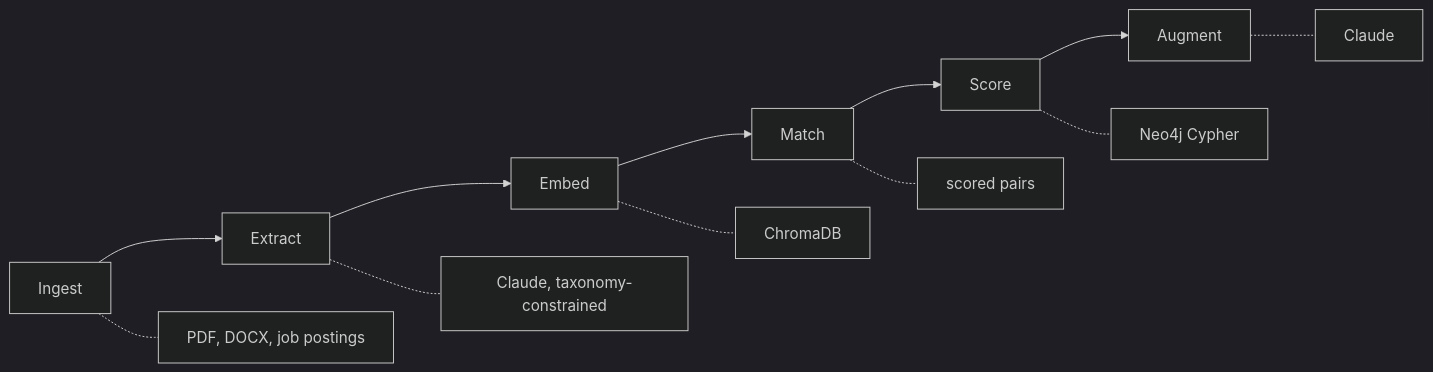
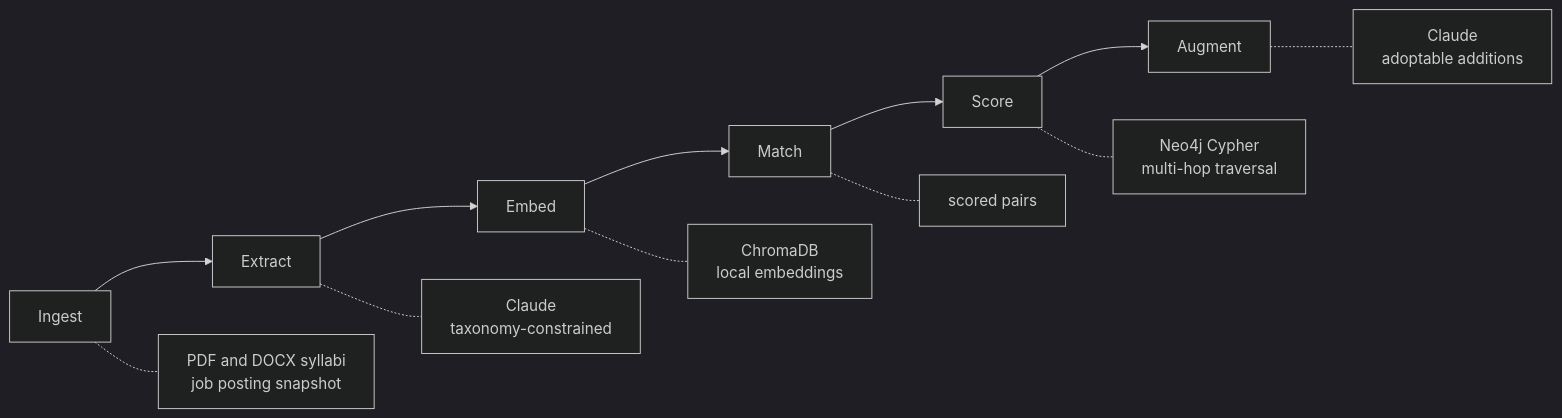
Before and after one commit to Harshul1484/TETRA030: the diagram in README.md, drawn with Mermaid (dark theme). The commit also changed other lines of this file, not shown here.

````diff
--- a/README.md
+++ b/README.md
@@ -40,15 +52,15 @@
 ```mermaid
 flowchart LR
     A[Ingest] --> B[Extract]
     B --> C[Embed]
     C --> D[Match]
     D --> E[Score]
     E --> F[Augment]
 
-    A -.- A1[PDF, DOCX, job postings]
-    B -.- B1[Claude, taxonomy-constrained]
-    C -.- C1[ChromaDB]
+    A -.- A1[PDF and DOCX syllabi<br/>job posting snapshot]
+    B -.- B1[Claude<br/>taxonomy-constrained]
+    C -.- C1[ChromaDB<br/>local embeddings]
     D -.- D1[scored pairs]
-    E -.- E1[Neo4j Cypher]
-    F -.- F1[Claude]
+    E -.- E1[Neo4j Cypher<br/>multi-hop traversal]
+    F -.- F1[Claude<br/>adoptable additions]
 ```
````
